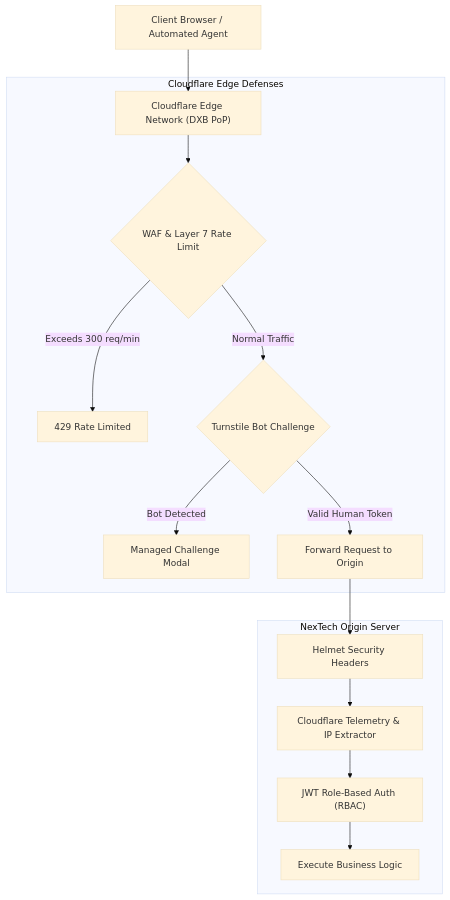
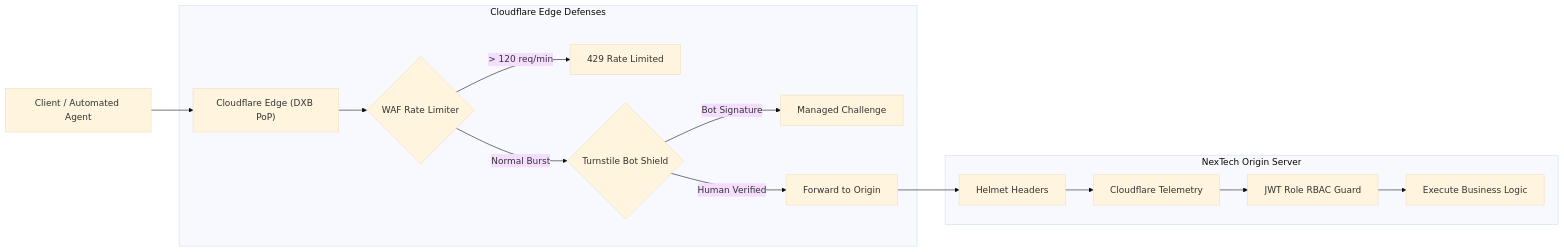
Before and after one commit to gl1tch0x1/NexTechSystem: the third of 8 diagrams in README.md, drawn with Mermaid (base theme). The commit also changed other lines of this file, not shown here.

Commit message:
docs: convert architectural, edge security, and rbac diagrams to landscape orientation

````diff
--- a/README.md
+++ b/README.md
@@ -189,19 +189,19 @@
 ```mermaid
-graph TD
-    CLIENT["Client Browser / Automated Agent"] --> CF_EDGE["Cloudflare Edge Network (DXB PoP)"]
+graph LR
+    CLIENT["Client / Automated Agent"] --> CF_EDGE["Cloudflare Edge (DXB PoP)"]
     
     subgraph Cloudflare_Defense["Cloudflare Edge Defenses"]
-        CF_EDGE --> WAF_CHECK{"WAF & Layer 7 Rate Limit"}
-        WAF_CHECK -- "Exceeds 300 req/min" --> BLOCK["429 Rate Limited"]
-        WAF_CHECK -- "Normal Traffic" --> BOT_CHECK{"Turnstile Bot Challenge"}
-        BOT_CHECK -- "Bot Detected" --> CHALLENGE["Managed Challenge Modal"]
-        BOT_CHECK -- "Valid Human Token" --> PASS["Forward Request to Origin"]
+        CF_EDGE --> WAF_CHECK{"WAF Rate Limiter"}
+        WAF_CHECK -- "> 120 req/min" --> BLOCK["429 Rate Limited"]
+        WAF_CHECK -- "Normal Burst" --> BOT_CHECK{"Turnstile Bot Shield"}
+        BOT_CHECK -- "Bot Signature" --> CHALLENGE["Managed Challenge"]
+        BOT_CHECK -- "Human Verified" --> PASS["Forward to Origin"]
     end
 
     subgraph Origin_Server["NexTech Origin Server"]
-        PASS --> HELMET["Helmet Security Headers"]
-        HELMET --> CF_MIDDLEWARE["Cloudflare Telemetry & IP Extractor"]
-        CF_MIDDLEWARE --> JWT_GUARD["JWT Role-Based Auth (RBAC)"]
+        PASS --> HELMET["Helmet Headers"]
+        HELMET --> CF_MIDDLEWARE["Cloudflare Telemetry"]
+        CF_MIDDLEWARE --> JWT_GUARD["JWT Role RBAC Guard"]
         JWT_GUARD --> API_LOGIC["Execute Business Logic"]
     end
 ```
````
